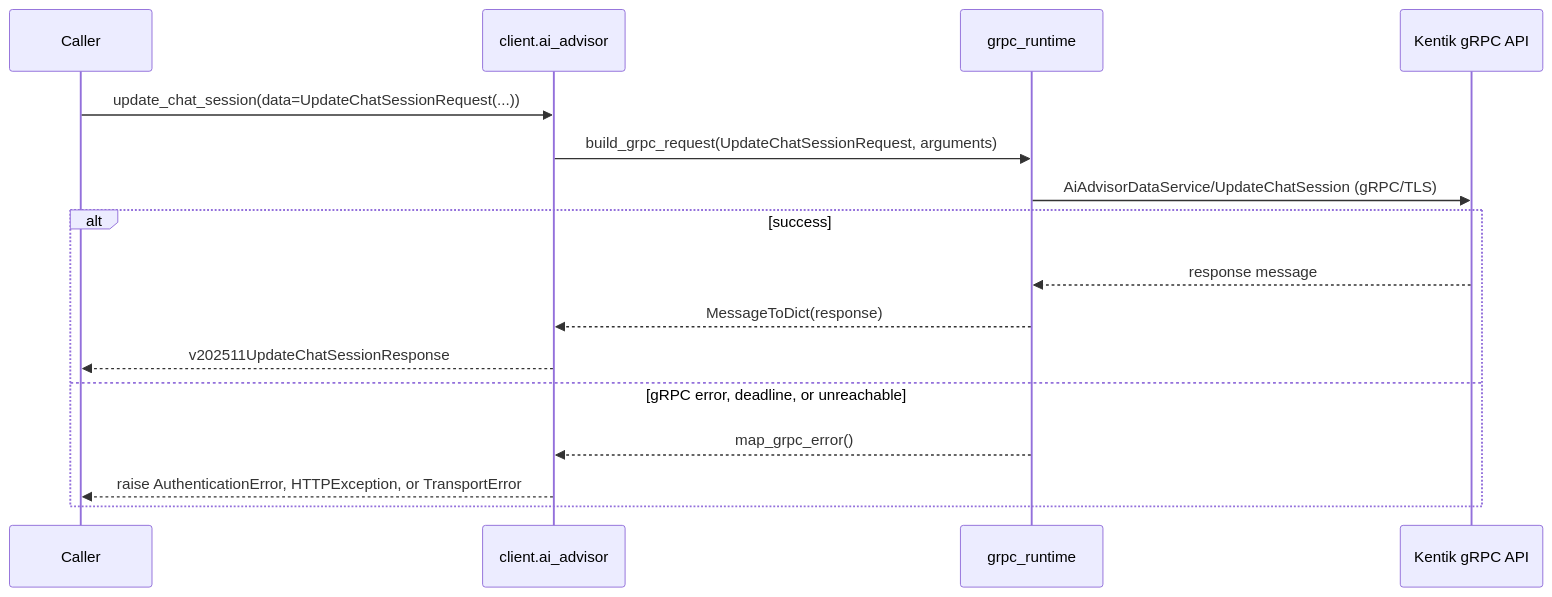
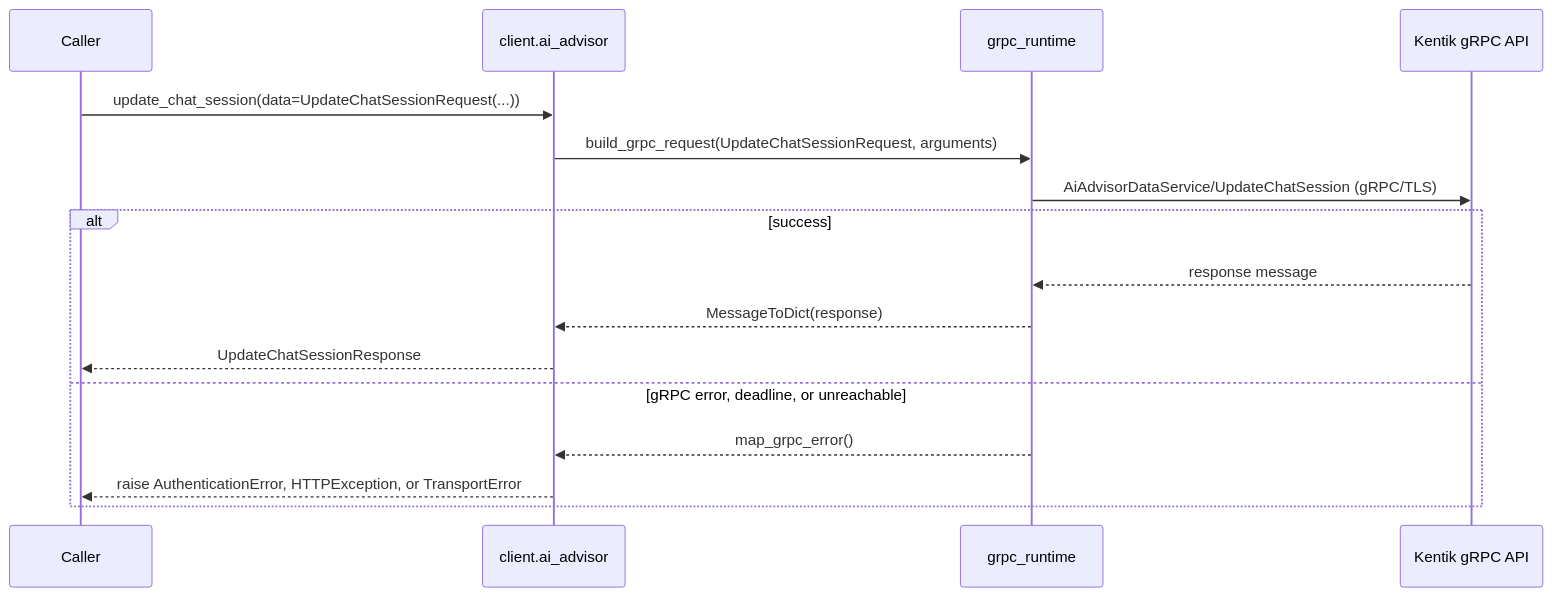
One commit to alexdearaujo/community_sdk_python changed the fifth of 8 diagrams in docs/sphinx/services/ai_advisor.md. Above: the diagram before and after it, drawn with Mermaid. The commit also changed other lines of this file and 38 other files, not shown here.

````diff
--- a/docs/sphinx/services/ai_advisor.md
+++ b/docs/sphinx/services/ai_advisor.md
@@ -135,19 +135,19 @@
 ```mermaid
 sequenceDiagram
     participant C as Caller
     participant W as client.ai_advisor
     participant R as grpc_runtime
     participant API as Kentik gRPC API
 
     C->>W: update_chat_session(data=UpdateChatSessionRequest(...))
     W->>R: build_grpc_request(UpdateChatSessionRequest, arguments)
     R->>API: AiAdvisorDataService/UpdateChatSession (gRPC/TLS)
     alt success
         API-->>R: response message
         R-->>W: MessageToDict(response)
-        W-->>C: v202511UpdateChatSessionResponse
+        W-->>C: UpdateChatSessionResponse
     else gRPC error, deadline, or unreachable
         R-->>W: map_grpc_error()
         W-->>C: raise AuthenticationError, HTTPException, or TransportError
     end
 ```
````
